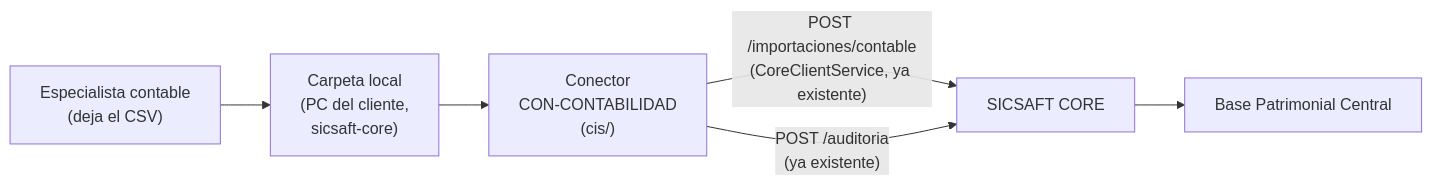
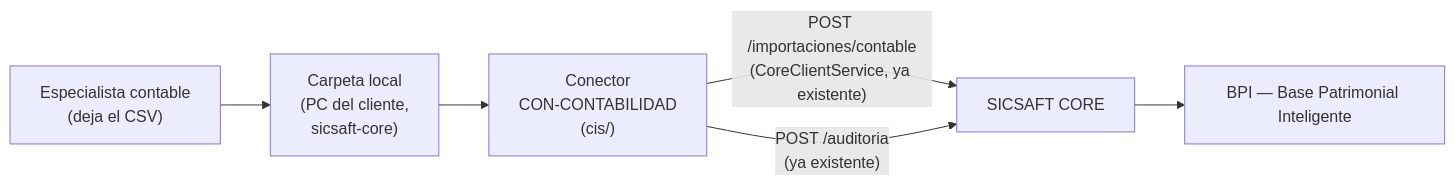
Before and after one commit to jhonabruzzi278/SICSAFT: the diagram in aidlc-docs/integraciones/design-artifacts/DOC-016-conector-con-contabilidad.md, drawn with Mermaid. The commit also changed 20 other files, not shown here.

````diff
--- a/aidlc-docs/integraciones/design-artifacts/DOC-016-conector-con-contabilidad.md
+++ b/aidlc-docs/integraciones/design-artifacts/DOC-016-conector-con-contabilidad.md
@@ -14,8 +14,8 @@
 ```mermaid
 flowchart LR
     Especialista["Especialista contable\n(deja el CSV)"] --> Carpeta["Carpeta local\n(PC del cliente,\nsicsaft-core)"]
     Carpeta --> Conector["Conector\nCON-CONTABILIDAD\n(cis/)"]
     Conector -->|"POST /importaciones/contable\n(CoreClientService, ya existente)"| Core["SICSAFT CORE"]
     Conector -->|"POST /auditoria\n(ya existente)"| Core
-    Core --> BPI["Base Patrimonial Central"]
+    Core --> BPI["BPI — Base Patrimonial Inteligente"]
 ```
````
